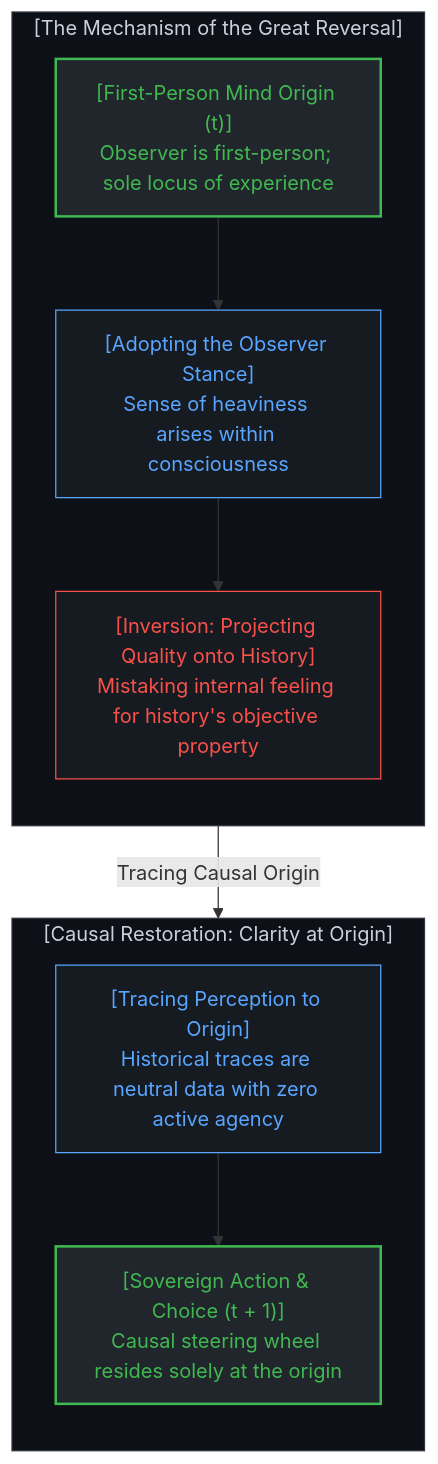
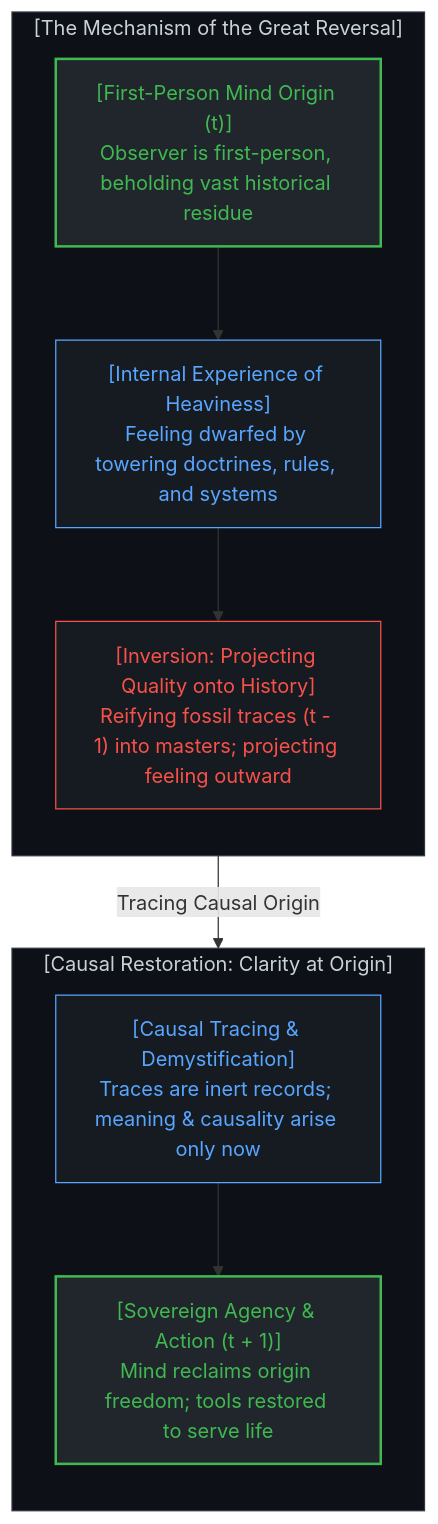
One commit to powerpig99/not-a-toe changed the second of 16 diagrams in content/posts/the-dissolution-of-the-great-reversal.md. Above: the diagram before and after it, drawn with Mermaid. The commit also changed other lines of this file and 4 other files, not shown here.

Commit message:
Refine Section 1: Ground experiential heaviness vividly in first-person consciousness

````diff
--- a/content/posts/the-dissolution-of-the-great-reversal.md
+++ b/content/posts/the-dissolution-of-the-great-reversal.md
@@ -59,28 +77,28 @@
 ```mermaid
 graph TD
     subgraph TracingReversal["[The Mechanism of the Great Reversal]"]
         direction TB
-        ConsciousOrigin["[First-Person Mind Origin (t)]<br>Observer is first-person; sole locus of experience"]
-        ObserverStance["[Adopting the Observer Stance]<br>Sense of heaviness arises within consciousness"]
-        ProjectionInversion["[Inversion: Projecting Quality onto History]<br>Mistaking internal feeling for history's objective property"]
-        ConsciousOrigin --> ObserverStance
-        ObserverStance --> ProjectionInversion
+        ConsciousOrigin["[First-Person Mind Origin (t)]<br>Observer is first-person, beholding vast historical residue"]
+        InternalHeaviness["[Internal Experience of Heaviness]<br>Feeling dwarfed by towering doctrines, rules, and systems"]
+        ProjectionInversion["[Inversion: Projecting Quality onto History]<br>Reifying fossil traces (t - 1) into masters; projecting feeling outward"]
+        ConsciousOrigin --> InternalHeaviness
+        InternalHeaviness --> ProjectionInversion
     end
 
     subgraph CausalClarity["[Causal Restoration: Clarity at Origin]"]
         direction TB
-        TraceDemystification["[Tracing Perception to Origin]<br>Historical traces are neutral data with zero active agency"]
-        SovereignAgency["[Sovereign Action & Choice (t + 1)]<br>Causal steering wheel resides solely at the origin"]
+        TraceDemystification["[Causal Tracing & Demystification]<br>Traces are inert records; meaning & causality arise only now"]
+        SovereignAgency["[Sovereign Agency & Action (t + 1)]<br>Mind reclaims origin freedom; tools restored to serve life"]
         TraceDemystification --> SovereignAgency
     end
 
     ProjectionInversion -->|"Tracing Causal Origin"| TraceDemystification
 
     style TracingReversal fill:#0d1117,stroke:#30363d,stroke-width:1px,color:#c9d1d9
     style ConsciousOrigin fill:#21262d,stroke:#3fb950,stroke-width:2px,color:#3fb950
-    style ObserverStance fill:#161b22,stroke:#58a6ff,stroke-width:1px,color:#58a6ff
+    style InternalHeaviness fill:#161b22,stroke:#58a6ff,stroke-width:1px,color:#58a6ff
     style ProjectionInversion fill:#161b22,stroke:#f85149,stroke-width:1px,color:#f85149
     style CausalClarity fill:#0d1117,stroke:#30363d,stroke-width:1px,color:#c9d1d9
     style TraceDemystification fill:#161b22,stroke:#58a6ff,stroke-width:1px,color:#58a6ff
     style SovereignAgency fill:#21262d,stroke:#3fb950,stroke-width:2px,color:#3fb950
 ```
````
